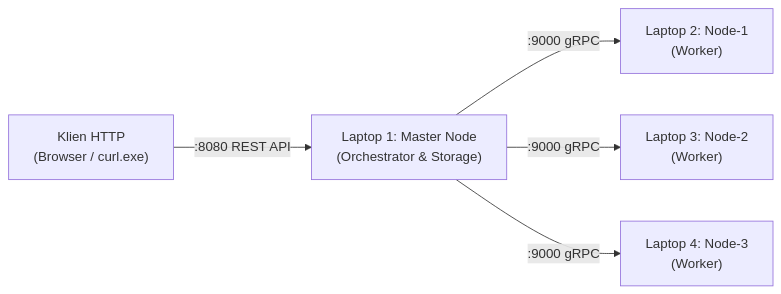
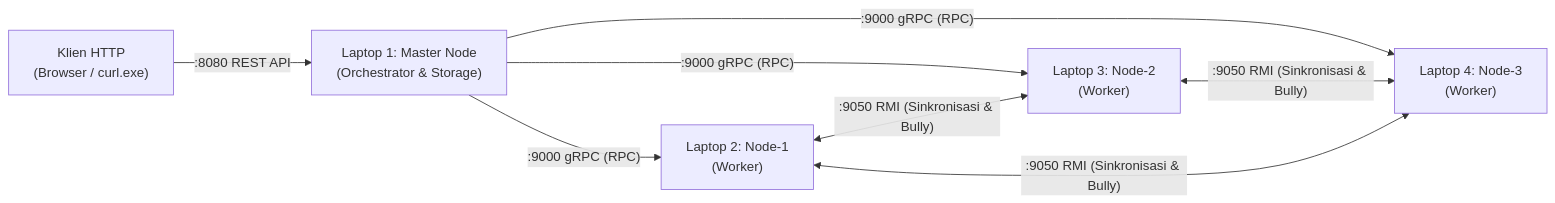
The diagram in README.md (Buthzz/dips-sister), drawn with Mermaid before and after one commit. The commit also changed other lines of this file and 14 other files, not shown here.

First line of the commit message:
feat: tambah RMI, Bully Election, dan sinkronisasi kluster

````diff
--- a/README.md
+++ b/README.md
@@ -22,7 +24,10 @@
 ```mermaid
 flowchart LR
     Client["Klien HTTP\n(Browser / curl.exe)"] -->|":8080 REST API"| Master["Laptop 1: Master Node\n(Orchestrator & Storage)"]
-    Master -->|":9000 gRPC"| N1["Laptop 2: Node-1\n(Worker)"]
-    Master -->|":9000 gRPC"| N2["Laptop 3: Node-2\n(Worker)"]
-    Master -->|":9000 gRPC"| N3["Laptop 4: Node-3\n(Worker)"]
+    Master -->|":9000 gRPC (RPC)"| N1["Laptop 2: Node-1\n(Worker)"]
+    Master -->|":9000 gRPC (RPC)"| N2["Laptop 3: Node-2\n(Worker)"]
+    Master -->|":9000 gRPC (RPC)"| N3["Laptop 4: Node-3\n(Worker)"]
+    N1 <-->|":9050 RMI (Sinkronisasi & Bully)"| N2
+    N2 <-->|":9050 RMI (Sinkronisasi & Bully)"| N3
+    N1 <-->|":9050 RMI (Sinkronisasi & Bully)"| N3
 ```
````
